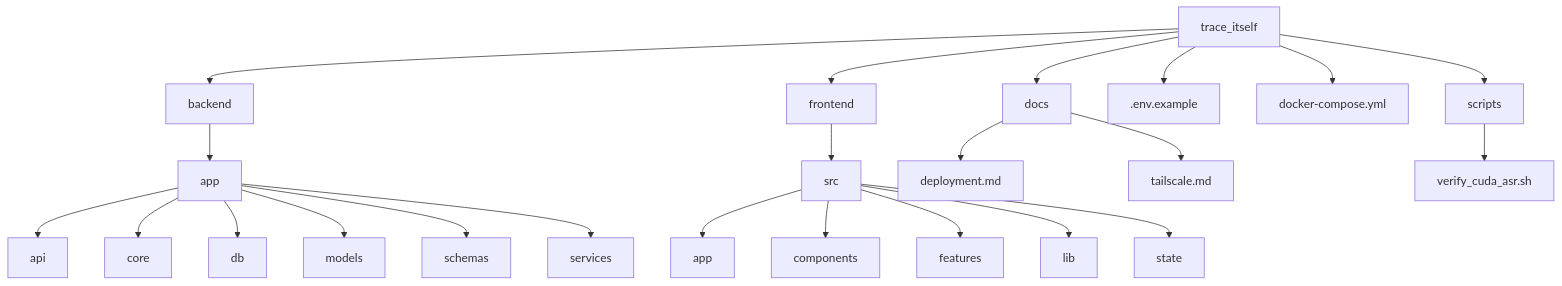
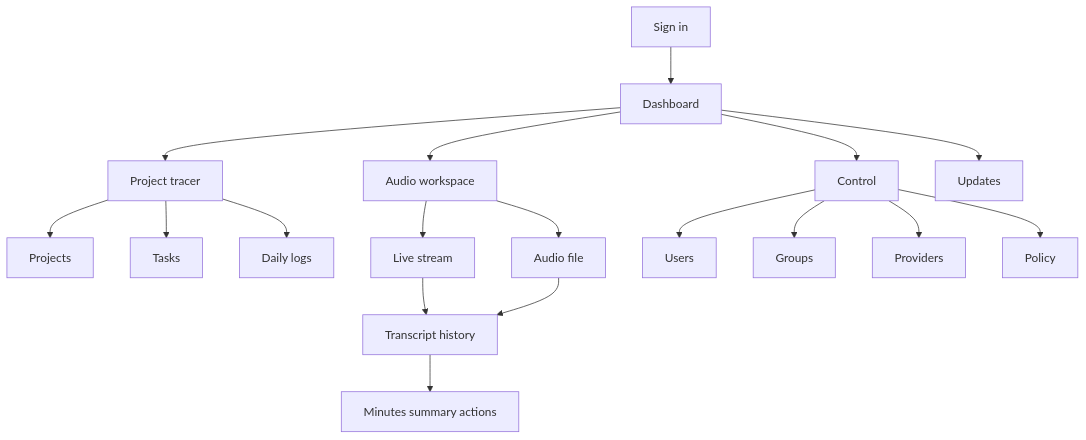
One commit to JasonLn0711/trace_itself changed the second of 6 diagrams in README.md. Above: the diagram before and after it, drawn with Mermaid. The commit also changed other lines of this file, not shown here.

````diff
--- a/README.md
+++ b/README.md
@@ -117,29 +111,23 @@
 ```mermaid
-flowchart TB
-    R[trace_itself]
-    R --> B[backend]
-    R --> FE[frontend]
-    R --> DOCS[docs]
-    R --> ENV[.env.example]
-    R --> DC[docker-compose.yml]
+flowchart TD
+    LOGIN[Sign in] --> HOME[Dashboard]
+    HOME --> TRACK[Project tracer]
+    HOME --> AUDIO[Audio workspace]
+    HOME --> CTRL[Control]
+    HOME --> UPDATES[Updates]
 
-    B --> BAPP[app]
-    BAPP --> BAPI[api]
-    BAPP --> BCORE[core]
-    BAPP --> BDB[db]
-    BAPP --> BMODELS[models]
-    BAPP --> BSCHEMAS[schemas]
-    BAPP --> BSERVICES[services]
+    TRACK --> PROJECTS[Projects]
+    TRACK --> TASKS[Tasks]
+    TRACK --> LOGS[Daily logs]
 
-    FE --> FESRC[src]
-    FESRC --> FEAPP[app]
-    FESRC --> FECOMP[components]
-    FESRC --> FEFEATURES[features]
-    FESRC --> FELIB[lib]
-    FESRC --> FESTATE[state]
+    AUDIO --> LIVE[Live stream]
+    AUDIO --> FILE[Audio file]
+    LIVE --> TRANSCRIPT[Transcript history]
+    FILE --> TRANSCRIPT
+    TRANSCRIPT --> NOTES[Minutes summary actions]
 
-    DOCS --> DEPLOY[deployment.md]
-    DOCS --> TAILSCALE[tailscale.md]
-    R --> S[scripts]
-    S --> VERIFY[verify_cuda_asr.sh]
+    CTRL --> USERS[Users]
+    CTRL --> GROUPS[Groups]
+    CTRL --> PROVIDERS[Providers]
+    CTRL --> POLICY[Policy]
 ```
````
